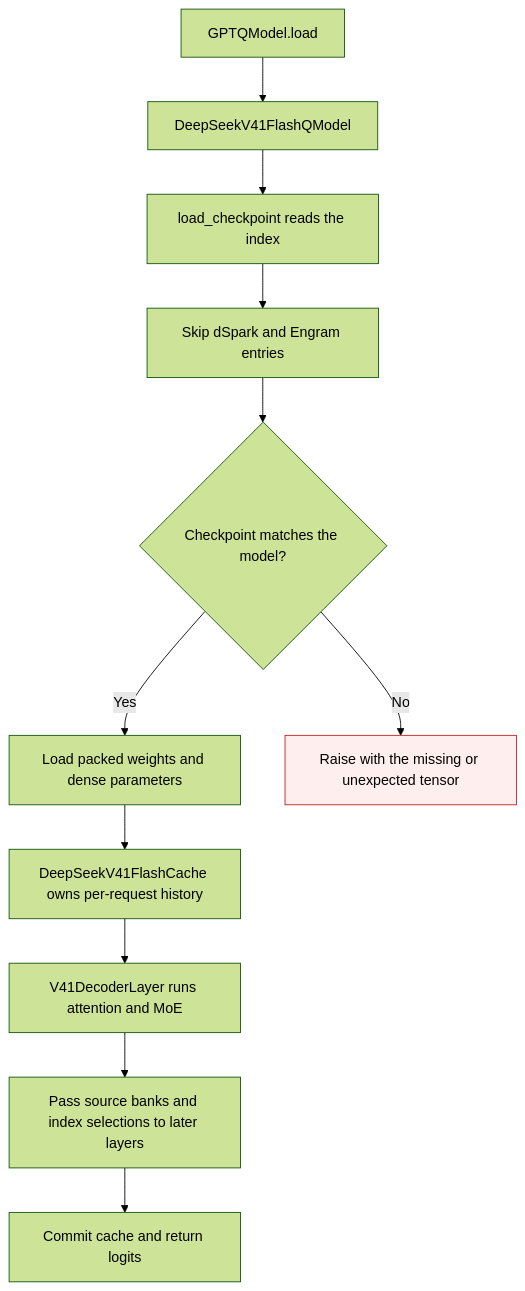
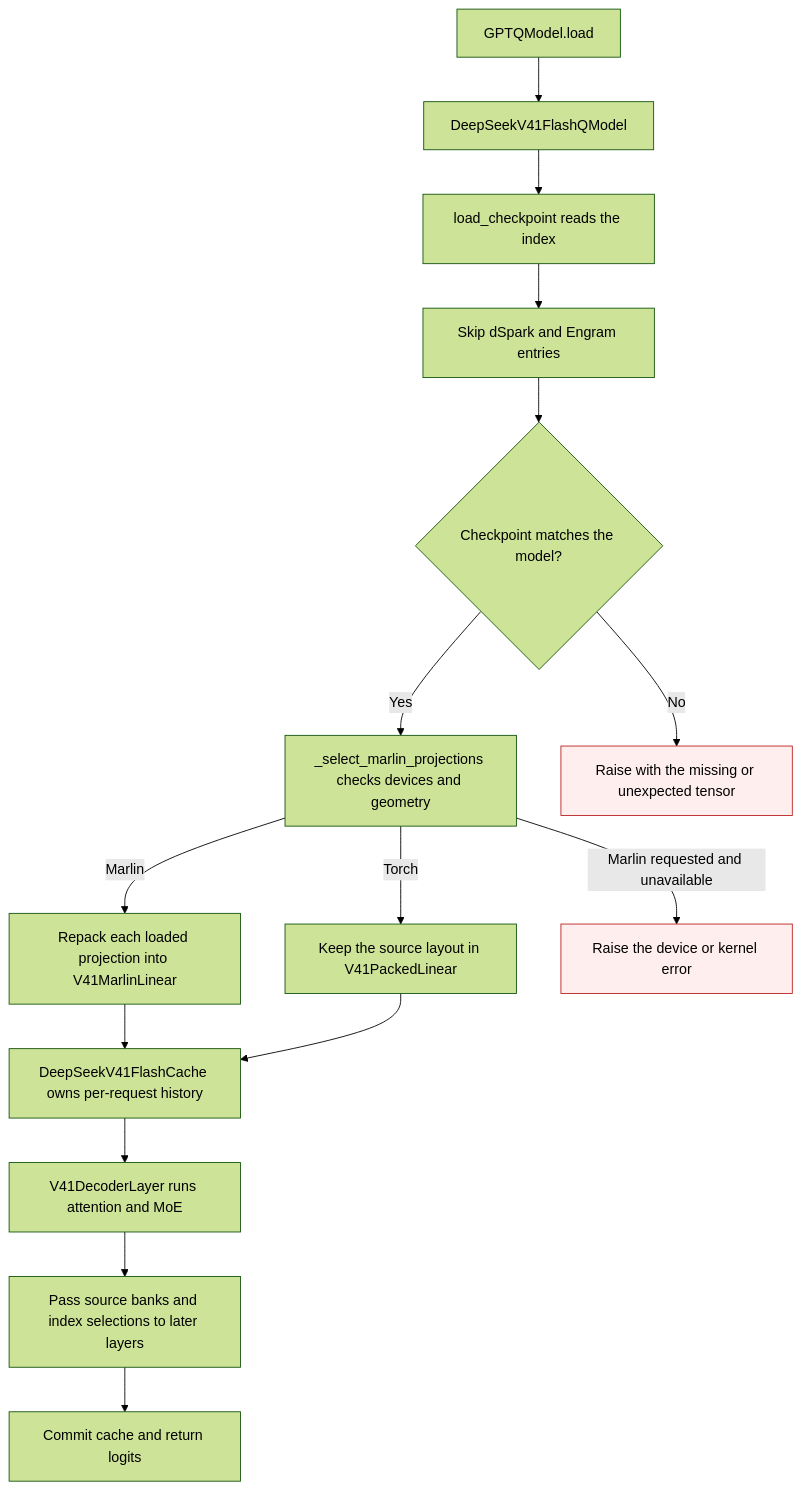
The diagram in docs/deepseek-v41-module-inventory.md (ModelCloud/GPTQModel), drawn with Mermaid (forest theme) before and after one commit. The commit also changed other lines of this file and 6 other files, not shown here.

Commit message:
Use packed Marlin MX kernels for DeepSeek V4.1 Flash on CUDA

````diff
--- a/docs/deepseek-v41-module-inventory.md
+++ b/docs/deepseek-v41-module-inventory.md
@@ -159,14 +172,19 @@
 ```mermaid
 flowchart TD
     LOAD["GPTQModel.load"] --> DEF["DeepSeekV41FlashQModel"]
     DEF --> IDX["load_checkpoint reads the index"]
     IDX --> FILTER["Skip dSpark and Engram entries"]
     FILTER --> MATCH{"Checkpoint matches the model?"}
-    MATCH -->|"Yes"| PACK["Load packed weights and dense parameters"]
+    MATCH -->|"Yes"| SELECT["_select_marlin_projections checks devices and geometry"]
     MATCH -->|"No"| ERROR["Raise with the missing or unexpected tensor"]
+    SELECT -->|"Marlin"| PACK["Repack each loaded projection into V41MarlinLinear"]
+    SELECT -->|"Torch"| TORCH["Keep the source layout in V41PackedLinear"]
+    SELECT -->|"Marlin requested and unavailable"| KERNEL_ERROR["Raise the device or kernel error"]
     PACK --> STATE["DeepSeekV41FlashCache owns per-request history"]
+    TORCH --> STATE
     STATE --> LAYER["V41DecoderLayer runs attention and MoE"]
     LAYER --> KV["Pass source banks and index selections to later layers"]
     KV --> OUT["Commit cache and return logits"]
     style ERROR fill:#fee,stroke:#b22
+    style KERNEL_ERROR fill:#fee,stroke:#b22
 ```
````
